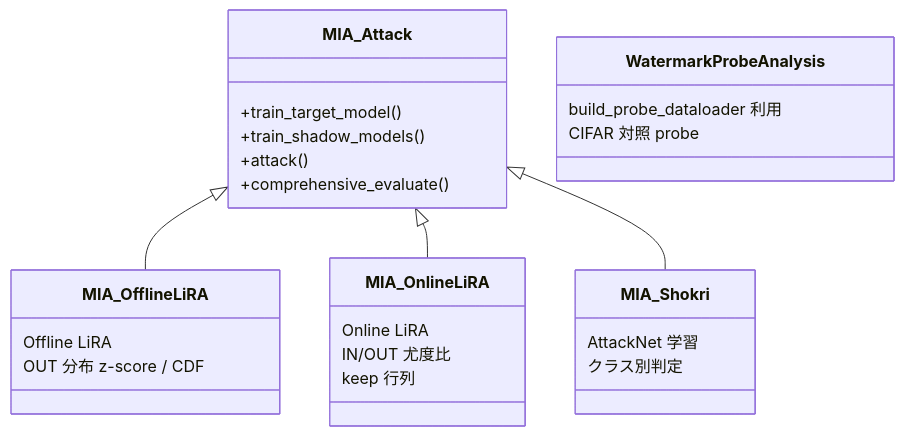
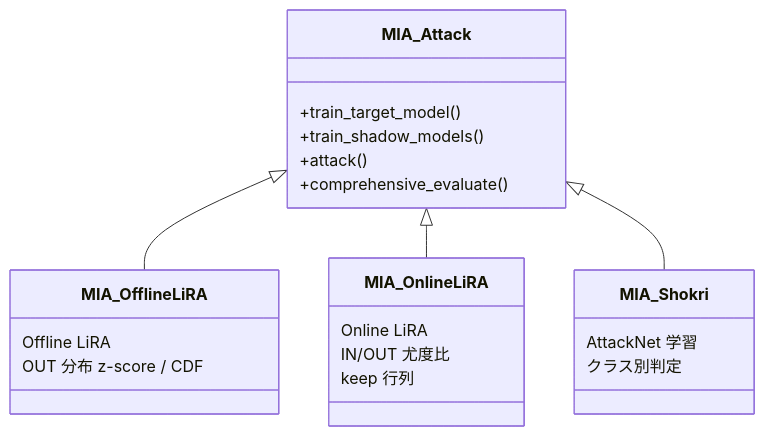
Diagram 11 of 13 in worker/docs/SPECIFICATION.md (GoldenPoisonedApple/MIAOS), drawn with Mermaid before and after one commit. The commit also changed other lines of this file and 12 other files, not shown here.

````diff
--- a/worker/docs/SPECIFICATION.md
+++ b/worker/docs/SPECIFICATION.md
@@ -342,29 +310,25 @@
 ```mermaid
 classDiagram
     class MIA_Attack {
         +train_target_model()
         +train_shadow_models()
         +attack()
         +comprehensive_evaluate()
     }
     class MIA_OfflineLiRA {
         Offline LiRA
         OUT 分布 z-score / CDF
     }
     class MIA_OnlineLiRA {
         Online LiRA
         IN/OUT 尤度比
         keep 行列
     }
     class MIA_Shokri {
         AttackNet 学習
         クラス別判定
     }
-    class WatermarkProbeAnalysis {
-        build_probe_dataloader 利用
-        CIFAR 対照 probe
-    }
     MIA_Attack <|-- MIA_OfflineLiRA
     MIA_Attack <|-- MIA_OnlineLiRA
     MIA_Attack <|-- MIA_Shokri
 ```
````
